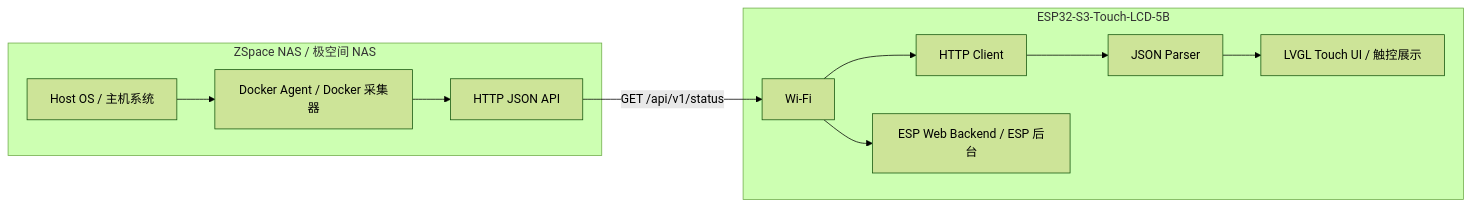
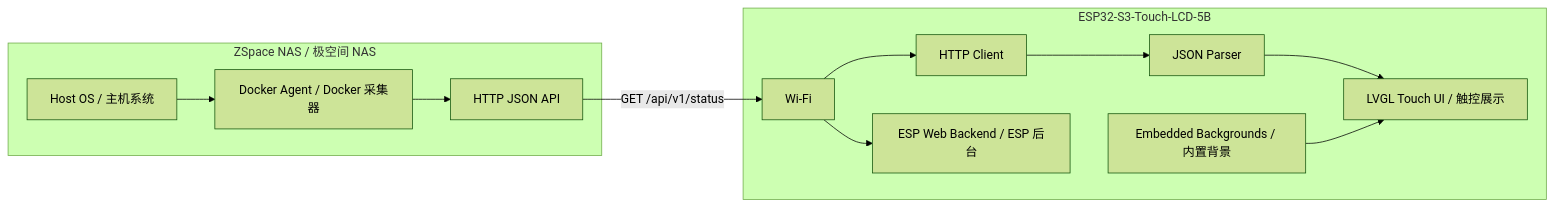
The diagram in docs/ARCHITECTURE.md (Panda-995/NASflow), drawn with Mermaid (forest theme) before and after one commit. The commit also changed other lines of this file and 27 other files, not shown here.

````diff
--- a/docs/ARCHITECTURE.md
+++ b/docs/ARCHITECTURE.md
@@ -7,21 +7,23 @@
 ```mermaid
 flowchart LR
   subgraph NAS["ZSpace NAS / 极空间 NAS"]
     Host["Host OS / 主机系统"]
     Agent["Docker Agent / Docker 采集器"]
     API["HTTP JSON API"]
     Host --> Agent --> API
   end
 
   subgraph Device["ESP32-S3-Touch-LCD-5B"]
     WiFi["Wi-Fi"]
     Client["HTTP Client"]
     Parser["JSON Parser"]
     UI["LVGL Touch UI / 触控展示"]
     Web["ESP Web Backend / ESP 后台"]
+    BG["Embedded Backgrounds / 内置背景"]
     WiFi --> Client --> Parser --> UI
+    BG --> UI
     WiFi --> Web
   end
 
   API -->|GET /api/v1/status| WiFi
 ```
````
